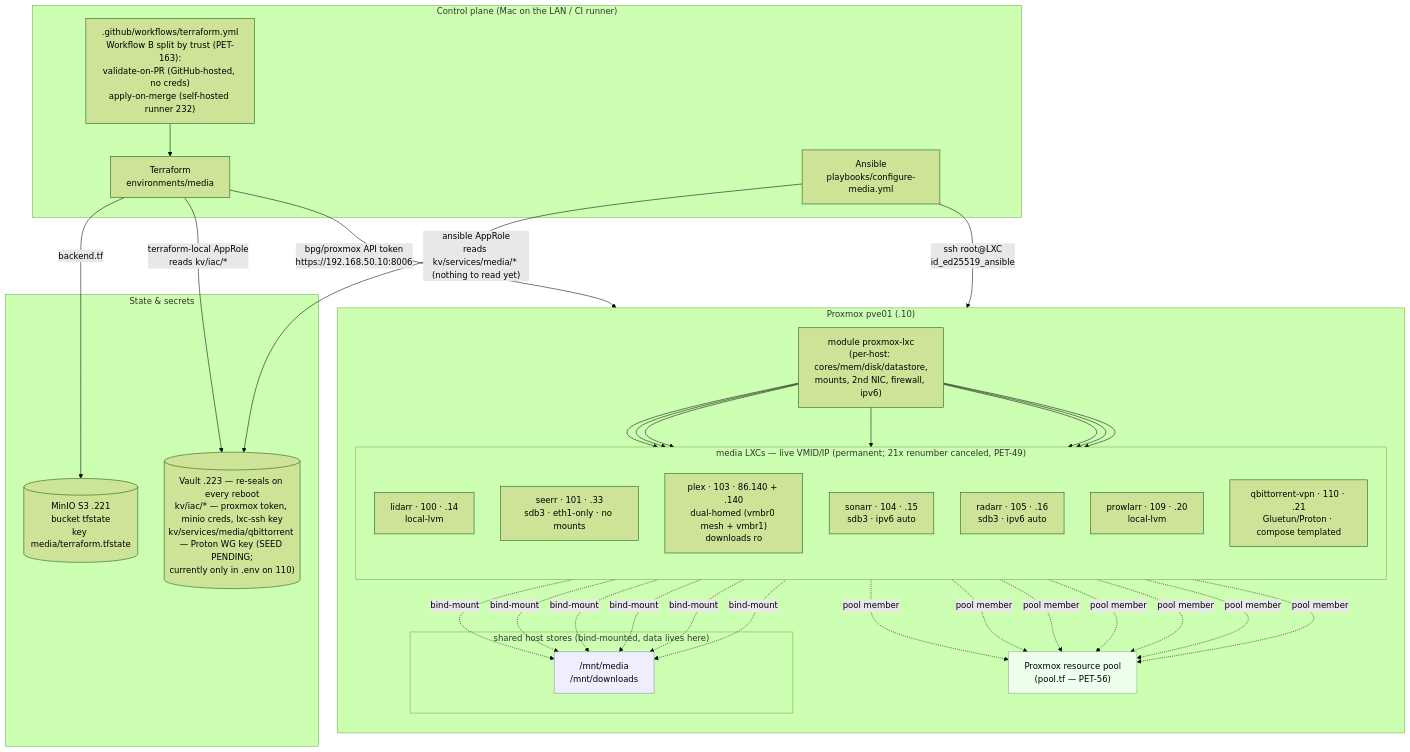
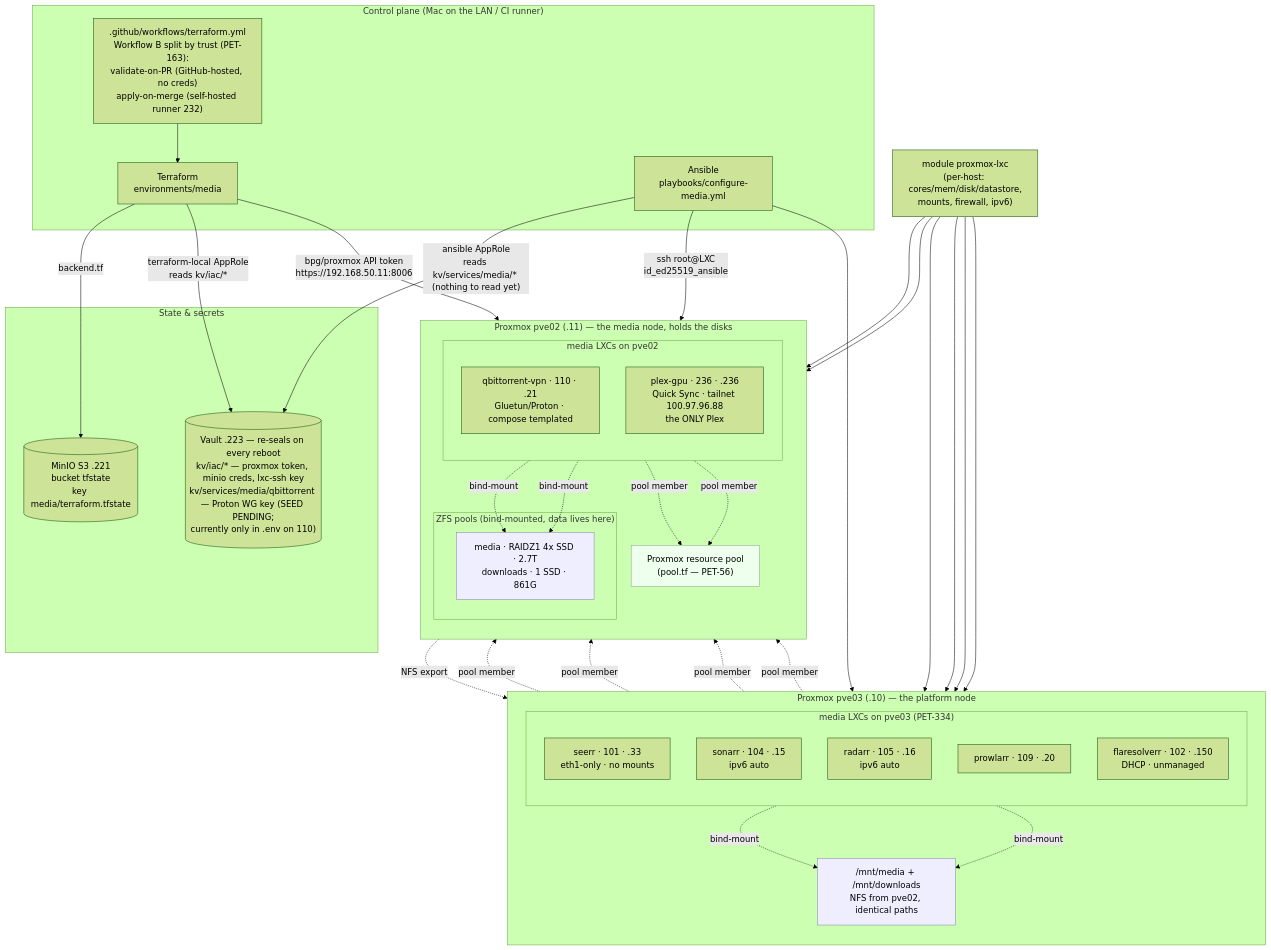
The diagram in docs/ARCHITECTURE.md (PeteDio-Labs/petedio-media-iac), drawn with Mermaid (forest theme) before and after one commit. The commit also changed other lines of this file and 20 other files, not shown here.

First line of the commit message:
PET-354: re-ground the media repo on the two-node cluster (#41)

````diff
--- a/docs/ARCHITECTURE.md
+++ b/docs/ARCHITECTURE.md
@@ -8,52 +8,63 @@
 ```mermaid
 flowchart TB
     subgraph operator["Control plane (Mac on the LAN / CI runner)"]
         TF["Terraform<br/>environments/media"]
         ANS["Ansible<br/>playbooks/configure-media.yml"]
         CI[".github/workflows/terraform.yml<br/>Workflow B split by trust (PET-163):<br/>validate-on-PR (GitHub-hosted, no creds)<br/>apply-on-merge (self-hosted runner 232)"]
     end
 
     subgraph backing["State & secrets"]
         MINIO[("MinIO S3 .221<br/>bucket tfstate<br/>key media/terraform.tfstate")]
         VAULT[("Vault .223 — re-seals on every reboot<br/>kv/iac/* — proxmox token, minio creds, lxc-ssh key<br/>kv/services/media/qbittorrent — Proton WG key (SEED PENDING;<br/>currently only in .env on 110)")]
     end
 
     TF -- "backend.tf" --> MINIO
     TF -- "terraform-local AppRole<br/>reads kv/iac/*" --> VAULT
     ANS -- "ansible AppRole<br/>reads kv/services/media/* (nothing to read yet)" --> VAULT
     CI --> TF
 
-    TF -- "bpg/proxmox API token<br/>https://192.168.50.10:8006" --> PVE
-    ANS -- "ssh root@LXC<br/>id_ed25519_ansible" --> PVE
+    TF -- "bpg/proxmox API token<br/>https://192.168.50.11:8006" --> PVE02
+    ANS -- "ssh root@LXC<br/>id_ed25519_ansible" --> PVE02
+    ANS --> PVE03
 
-    subgraph PVE["Proxmox pve01 (.10)"]
+    MOD["module proxmox-lxc<br/>(per-host: cores/mem/disk/datastore,<br/>mounts, firewall, ipv6)"]
+
+    subgraph PVE03["Proxmox pve03 (.10) — the platform node"]
         direction TB
-        MOD["module proxmox-lxc<br/>(per-host: cores/mem/disk/datastore,<br/>mounts, 2nd NIC, firewall, ipv6)"]
+        subgraph arr["media LXCs on pve03 (PET-334)"]
+            direction TB
+            SEERR["seerr · 101 · .33<br/>eth1-only · no mounts"]
+            SONARR["sonarr · 104 · .15<br/>ipv6 auto"]
+            RADARR["radarr · 105 · .16<br/>ipv6 auto"]
+            PROWLARR["prowlarr · 109 · .20"]
+            FLARE["flaresolverr · 102 · .150<br/>DHCP · unmanaged"]
+        end
+        NFS["/mnt/media + /mnt/downloads<br/>NFS from pve02, identical paths"]
+    end
 
-        subgraph media["media LXCs — live VMID/IP (permanent; 21x renumber canceled, PET-49)"]
+    subgraph PVE02["Proxmox pve02 (.11) — the media node, holds the disks"]
+        direction TB
+        subgraph dl["media LXCs on pve02"]
             direction TB
-            LIDARR["lidarr · 100 · .14<br/>local-lvm"]
-            SEERR["seerr · 101 · .33<br/>sdb3 · eth1-only · no mounts"]
-            PLEX["plex · 103 · 86.140 + .140<br/>dual-homed (vmbr0 mesh + vmbr1)<br/>downloads ro"]
-            SONARR["sonarr · 104 · .15<br/>sdb3 · ipv6 auto"]
-            RADARR["radarr · 105 · .16<br/>sdb3 · ipv6 auto"]
-            PROWLARR["prowlarr · 109 · .20<br/>local-lvm"]
             QBIT["qbittorrent-vpn · 110 · .21<br/>Gluetun/Proton · compose templated"]
+            PLEXGPU["plex-gpu · 236 · .236<br/>Quick Sync · tailnet 100.97.96.88<br/>the ONLY Plex"]
         end
 
-        subgraph stores["shared host stores (bind-mounted, data lives here)"]
-            MNT["/mnt/media<br/>/mnt/downloads"]
+        subgraph stores["ZFS pools (bind-mounted, data lives here)"]
+            MNT["media · RAIDZ1 4x SSD · 2.7T<br/>downloads · 1 SSD · 861G"]
         end
 
         POOL["Proxmox resource pool<br/>(pool.tf — PET-56)"]
     end
 
-    MOD --> LIDARR & SEERR & PLEX & SONARR & RADARR & PROWLARR & QBIT
-    LIDARR & PLEX & SONARR & RADARR & PROWLARR & QBIT -. "bind-mount" .-> MNT
-    LIDARR & SEERR & PLEX & SONARR & RADARR & PROWLARR & QBIT -. "pool member" .-> POOL
+    MOD --> SEERR & SONARR & RADARR & PROWLARR & QBIT & PLEXGPU
+    QBIT & PLEXGPU -. "bind-mount" .-> MNT
+    MNT -. "NFS export" .-> NFS
+    SONARR & RADARR -. "bind-mount" .-> NFS
+    SEERR & SONARR & RADARR & PROWLARR & QBIT & PLEXGPU -. "pool member" .-> POOL
 
     classDef store fill:#eef,stroke:#88a;
     classDef pool fill:#efe,stroke:#8a8;
-    class MNT store;
+    class MNT,NFS store;
     class POOL pool;
 ```
````
